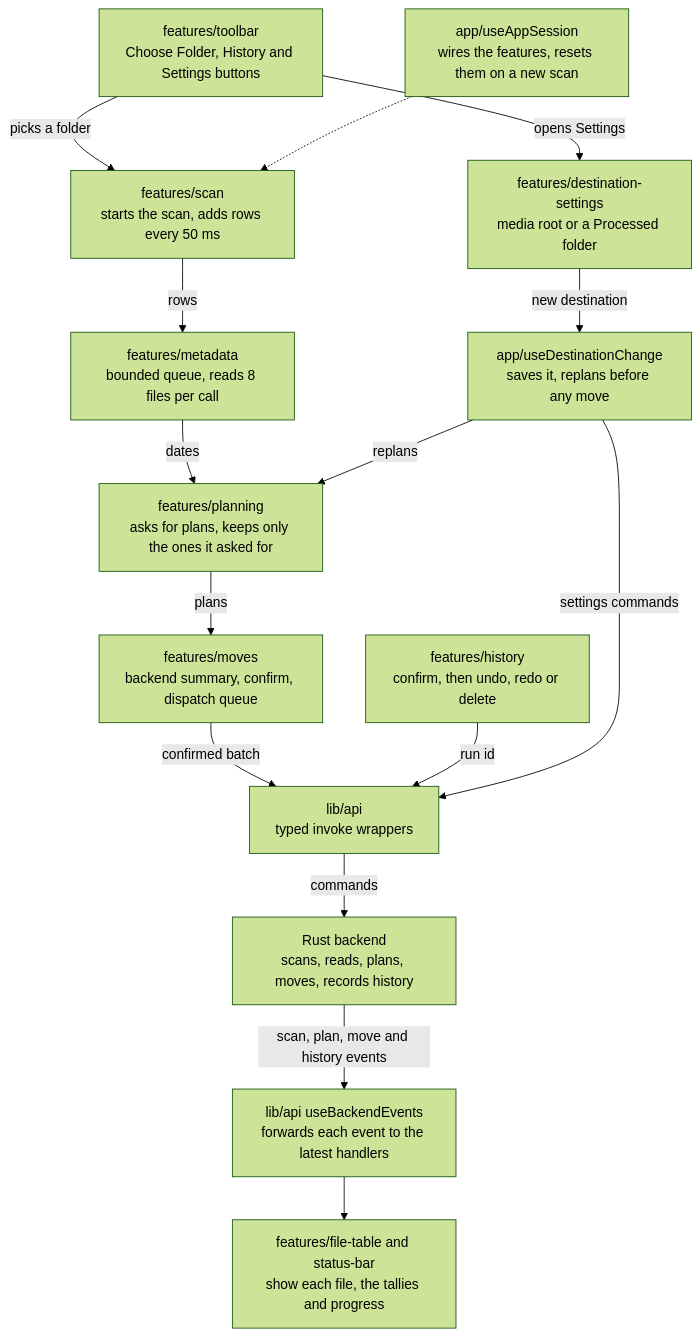
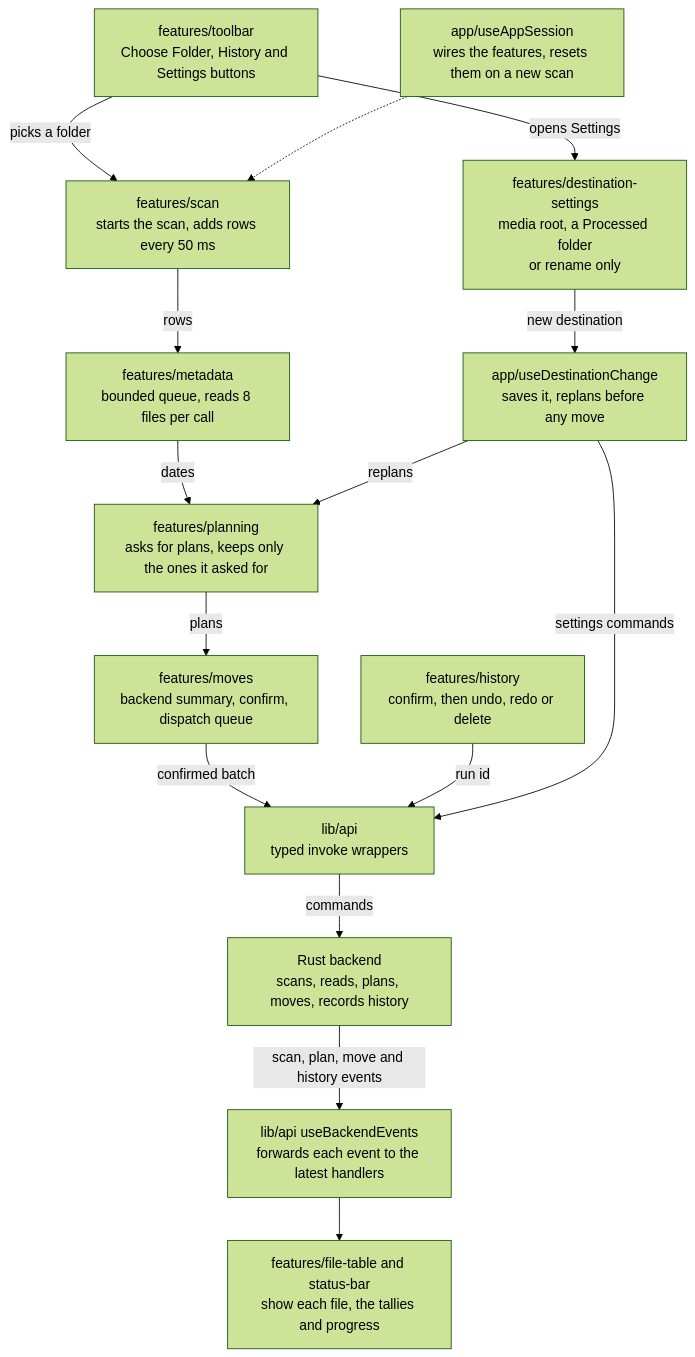
The second of 2 diagrams in src/README.md (oleg-chibikov/media-organizer), drawn with Mermaid (forest theme) before and after one commit. The commit also changed 47 other files, not shown here.

First line of the commit message:
feat: add a Rename only mode that keeps files in their folders

````diff
--- a/src/README.md
+++ b/src/README.md
@@ -65,17 +65,17 @@
 ```mermaid
 flowchart TD
   toolbar["features/toolbar<br/>Choose Folder, History and Settings buttons"] -->|picks a folder| scanHook
   session["app/useAppSession<br/>wires the features, resets them on a new scan"] -.-> scanHook
   scanHook["features/scan<br/>starts the scan, adds rows every 50 ms"] -->|rows| meta
   meta["features/metadata<br/>bounded queue, reads 8 files per call"] -->|dates| plan
   plan["features/planning<br/>asks for plans, keeps only the ones it asked for"] -->|plans| moves
   moves["features/moves<br/>backend summary, confirm, dispatch queue"] -->|confirmed batch| api
   history["features/history<br/>confirm, then undo, redo or delete"] -->|run id| api
-  toolbar -->|opens Settings| settings["features/destination-settings<br/>media root or a Processed folder"]
+  toolbar -->|opens Settings| settings["features/destination-settings<br/>media root, a Processed folder<br/>or rename only"]
   settings -->|new destination| destChange["app/useDestinationChange<br/>saves it, replans before any move"]
   destChange -->|settings commands| api
   destChange -->|replans| plan
   api["lib/api<br/>typed invoke wrappers"] -->|commands| backend["Rust backend<br/>scans, reads, plans, moves, records history"]
   backend -->|"scan, plan, move and history events"| events["lib/api useBackendEvents<br/>forwards each event to the latest handlers"]
   events --> ui["features/file-table and status-bar<br/>show each file, the tallies and progress"]
 ```
````
